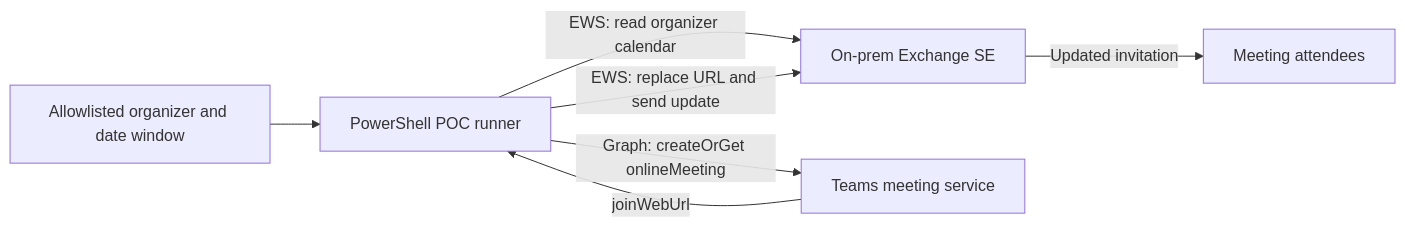
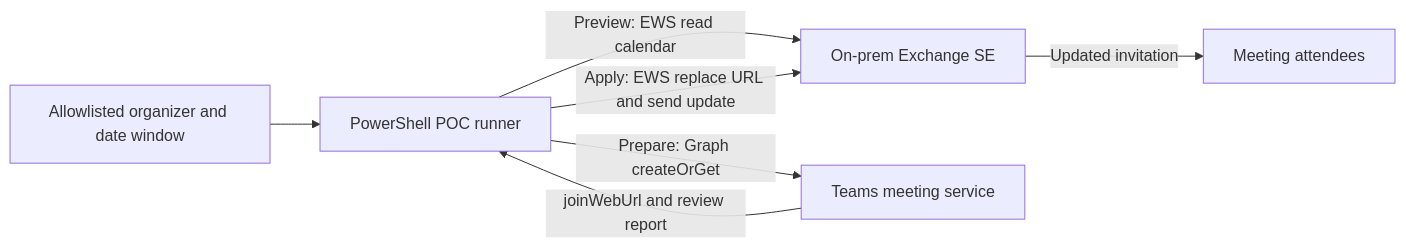
One commit to sunilkms/Convert-WebexMeetingsToTeams changed the diagram in POC-Webex-to-Teams-Meeting-URL.md. Above: the diagram before and after it, drawn with Mermaid. The commit also changed other lines of this file and 2 other files, not shown here.

Commit message:
Update Webex-to-Teams script and documentation

````diff
--- a/POC-Webex-to-Teams-Meeting-URL.md
+++ b/POC-Webex-to-Teams-Meeting-URL.md
@@ -7,9 +7,9 @@
 ```mermaid
 flowchart LR
     A[Allowlisted organizer and date window] --> B[PowerShell POC runner]
-    B -->|EWS: read organizer calendar| C[On-prem Exchange SE]
-    B -->|Graph: createOrGet onlineMeeting| D[Teams meeting service]
-    D -->|joinWebUrl| B
-    B -->|EWS: replace URL and send update| C
+    B -->|Preview: EWS read calendar| C[On-prem Exchange SE]
+    B -->|Prepare: Graph createOrGet| D[Teams meeting service]
+    D -->|joinWebUrl and review report| B
+    B -->|Apply: EWS replace URL and send update| C
     C -->|Updated invitation| E[Meeting attendees]
 ```
````
